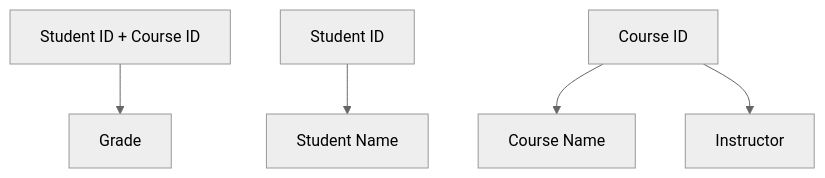
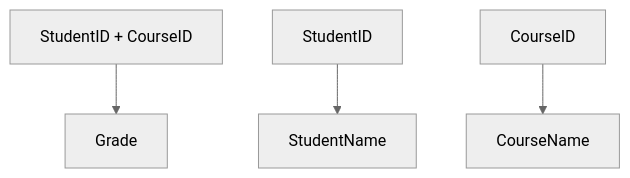
Before and after one commit to pentoshi007/prep: the fourth of 14 diagrams in DBMS/norm.md, drawn with Mermaid (neutral theme). The commit also changed other lines of this file, not shown here.

````diff
--- a/DBMS/norm.md
+++ b/DBMS/norm.md
@@ -162,7 +367,6 @@
 ```mermaid
 flowchart TD
-    K[Student ID + Course ID] --> G[Grade]
-    S[Student ID] --> SN[Student Name]
-    C[Course ID] --> CN[Course Name]
-    C --> I[Instructor]
+    K[StudentID + CourseID] --> G[Grade]
+    S[StudentID] --> N[StudentName]
+    C[CourseID] --> Q[CourseName]
 ```
````
